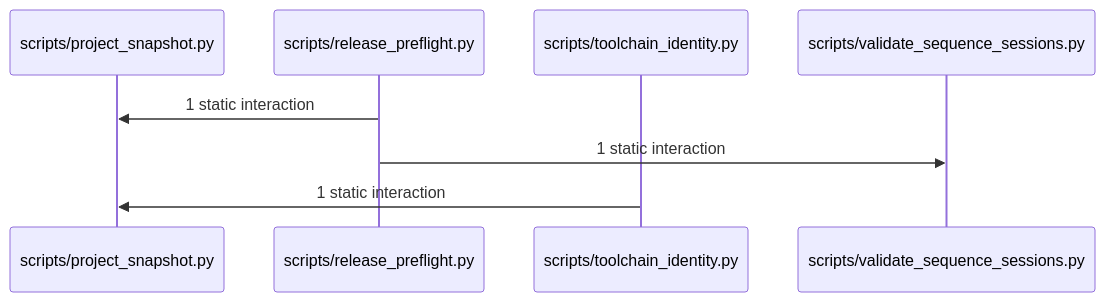
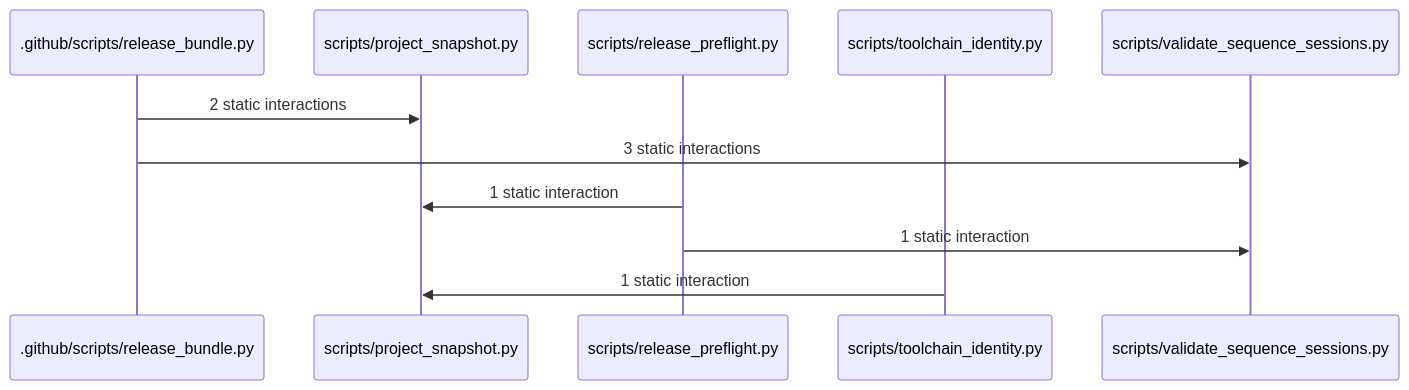
Before and after one commit to maxqstudio/Skill_Workflow: the diagram in docs/sequence/generated/SW2-25-GOVERNANCE.human.mmd, drawn with Mermaid. The commit also changed 20 other files, not shown here.

Commit message:
SW2-25: reconcile bundle CI proof, Project Truth and GitHub-renderable sequence

```diff
--- a/docs/sequence/generated/SW2-25-GOVERNANCE.human.mmd
+++ b/docs/sequence/generated/SW2-25-GOVERNANCE.human.mmd
@@ -1,12 +1,15 @@
 %% GENERATED FILE - DO NOT EDIT
-%% SOURCE_DIGEST: a40587afdf1e1c7e758d2fe05da3bb18242c871eaddabf568b1344dedba80fa2
+%% SOURCE_DIGEST: 6ebaa47f7572741bed14a1c7e3c4b8e638eaf17f8ddb442b19de977c89766975
 %% POLICY_ID: module-collapse-v1
 %% GENERATED_BY: sequence_human_view.py
 sequenceDiagram
-    participant module_scripts_project_snapshot_py_0 as scripts/project_snapshot.py
-    participant module_scripts_release_preflight_py_1 as scripts/release_preflight.py
-    participant module_scripts_toolchain_identity_py_2 as scripts/toolchain_identity.py
-    participant module_scripts_validate_sequence_sessions_py_3 as scripts/validate_sequence_sessions.py
-    module_scripts_release_preflight_py_1->>module_scripts_project_snapshot_py_0: 1 static interaction
-    module_scripts_release_preflight_py_1->>module_scripts_validate_sequence_sessions_py_3: 1 static interaction
-    module_scripts_toolchain_identity_py_2->>module_scripts_project_snapshot_py_0: 1 static interaction
+    participant module__github_scripts_release_bundle_py_0 as .github/scripts/release_bundle.py
+    participant module_scripts_project_snapshot_py_1 as scripts/project_snapshot.py
+    participant module_scripts_release_preflight_py_2 as scripts/release_preflight.py
+    participant module_scripts_toolchain_identity_py_3 as scripts/toolchain_identity.py
+    participant module_scripts_validate_sequence_sessions_py_4 as scripts/validate_sequence_sessions.py
+    module__github_scripts_release_bundle_py_0->>module_scripts_project_snapshot_py_1: 2 static interactions
+    module__github_scripts_release_bundle_py_0->>module_scripts_validate_sequence_sessions_py_4: 3 static interactions
+    module_scripts_release_preflight_py_2->>module_scripts_project_snapshot_py_1: 1 static interaction
+    module_scripts_release_preflight_py_2->>module_scripts_validate_sequence_sessions_py_4: 1 static interaction
+    module_scripts_toolchain_identity_py_3->>module_scripts_project_snapshot_py_1: 1 static interaction
```
